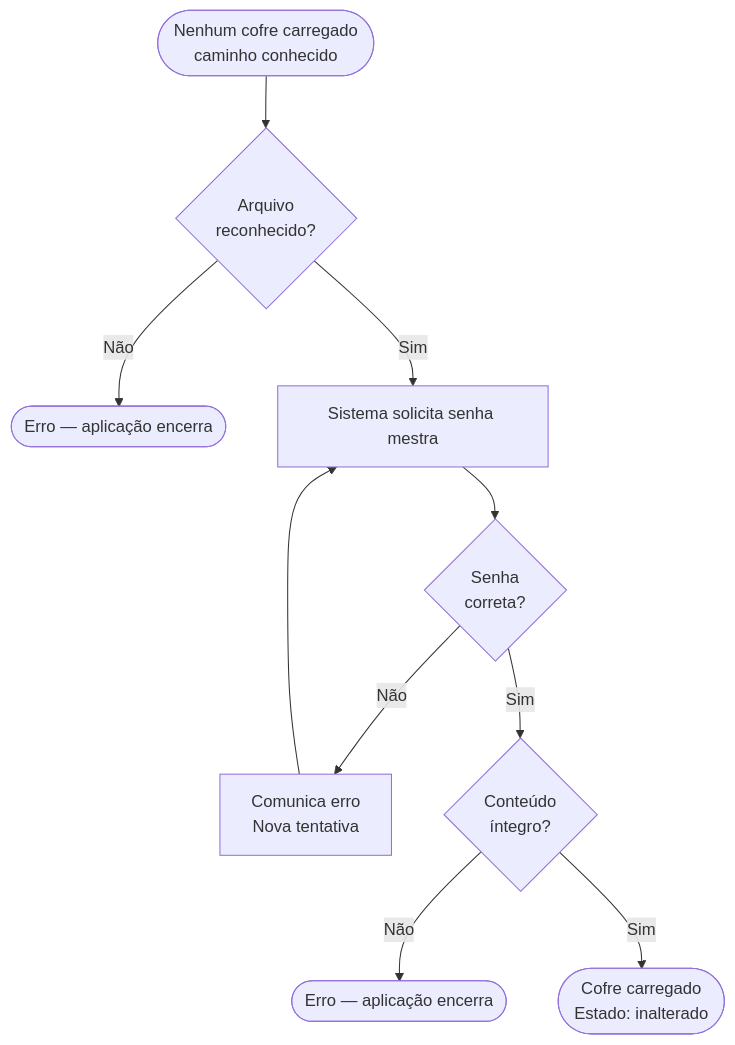
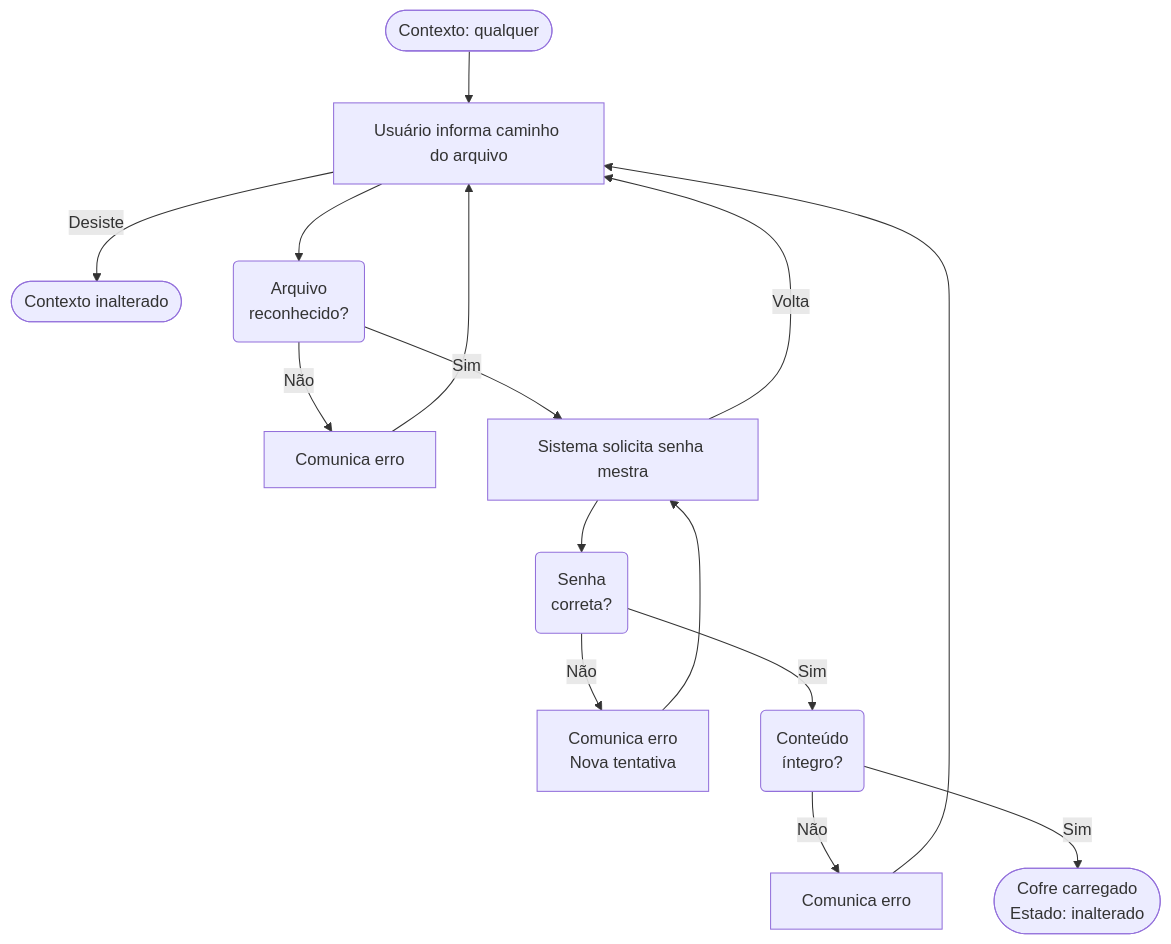
Before and after one commit to useful-toys/Abditum: the first of 2 diagrams in fluxos.md, drawn with Mermaid. The commit also changed other lines of this file, not shown here.

Commit message:
docs(fluxos): expand context model — add entorno global, split entorno local, add flows 3-8

````diff
--- a/fluxos.md
+++ b/fluxos.md
@@ -245,12 +235,17 @@
 ```mermaid
 flowchart TD
-    A([Nenhum cofre carregado\ncaminho conhecido]) --> B{Arquivo\nreconhecido?}
-    B -- Não --> C([Erro — aplicação encerra])
-    B -- Sim --> D[Sistema solicita senha mestra]
-    D --> E{Senha\ncorreta?}
-    E -- Não --> F[Comunica erro\nNova tentativa]
-    F --> D
-    E -- Sim --> G{Conteúdo\níntegro?}
-    G -- Não --> H([Erro — aplicação encerra])
-    G -- Sim --> I([Cofre carregado\nEstado: inalterado])
+    A([Contexto: qualquer]) --> B[Usuário informa caminho do arquivo]
+    B -- Desiste --> Z([Contexto inalterado])
+    B --> C(Arquivo\nreconhecido?)
+    C -- Não --> D[Comunica erro]
+    D --> B
+    C -- Sim --> E[Sistema solicita senha mestra]
+    E -- Volta --> B
+    E --> F(Senha\ncorreta?)
+    F -- Não --> G[Comunica erro\nNova tentativa]
+    G --> E
+    F -- Sim --> H(Conteúdo\níntegro?)
+    H -- Não --> I[Comunica erro]
+    I --> B
+    H -- Sim --> J([Cofre carregado\nEstado: inalterado])
 ```
````
